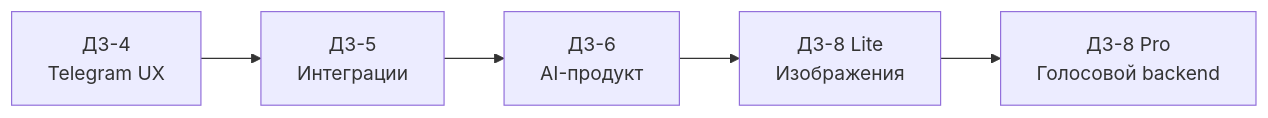
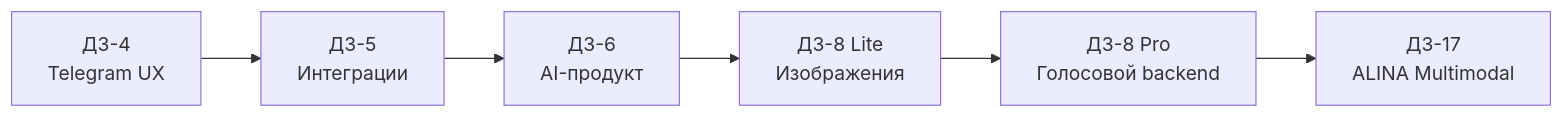
One commit to VictorKVS/Vibe-coding changed the diagram in submissions/README.md. Above: the diagram before and after it, drawn with Mermaid. The commit also changed other lines of this file, not shown here.

Commit message:
docs(submissions): register DZ-17 ALINA multimodal

````diff
--- a/submissions/README.md
+++ b/submissions/README.md
@@ -15,7 +16,8 @@
 ```mermaid
 flowchart LR
     D4["ДЗ-4<br/>Telegram UX"] --> D5["ДЗ-5<br/>Интеграции"]
     D5 --> D6["ДЗ-6<br/>AI-продукт"]
     D6 --> D8L["ДЗ-8 Lite<br/>Изображения"]
     D8L --> D8P["ДЗ-8 Pro<br/>Голосовой backend"]
+    D8P --> D17["ДЗ-17<br/>ALINA Multimodal"]
 ```
````
